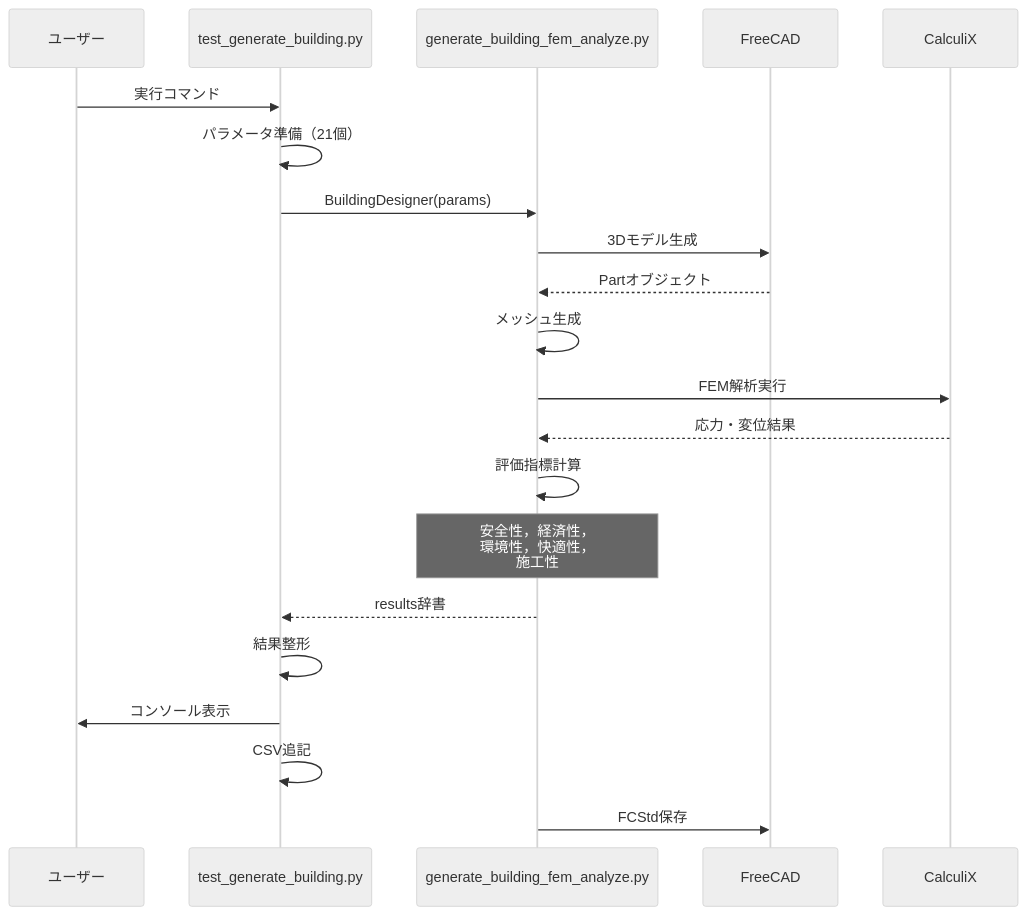
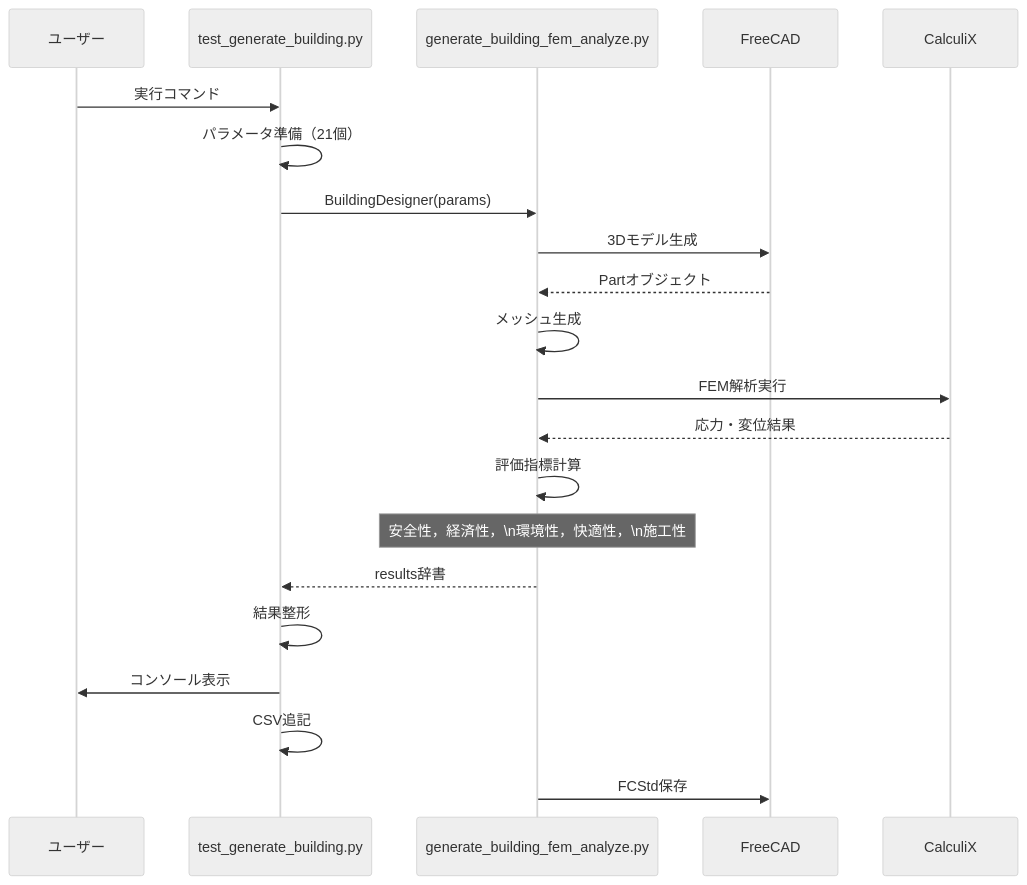
One commit to jkushida/ai-arch changed the third of 4 diagrams in docs/test_generate_building_usage.md. Above: the diagram before and after it, drawn with Mermaid (neutral theme). The commit also changed other lines of this file and 14 other files, not shown here.

First line of the commit message:
Fix Mermaid/MathJax conflict for Chrome compatibility

````diff
--- a/docs/test_generate_building_usage.md
+++ b/docs/test_generate_building_usage.md
@@ -209,28 +209,28 @@
 ```mermaid
 sequenceDiagram
     participant User as ユーザー
     participant Test as test_generate_building.py
     participant Core as generate_building_fem_analyze.py
     participant FC as FreeCAD
     participant CCX as CalculiX
     
     User->>Test: 実行コマンド
     Test->>Test: パラメータ準備（21個）
     Test->>Core: BuildingDesigner(params)
     
     Core->>FC: 3Dモデル生成
     FC-->>Core: Partオブジェクト
     
     Core->>Core: メッシュ生成
     Core->>CCX: FEM解析実行
     CCX-->>Core: 応力・変位結果
     
     Core->>Core: 評価指標計算
-    Note over Core: 安全性，経済性，<br/>環境性，快適性，<br/>施工性
+    Note over Core: 安全性，経済性，\n環境性，快適性，\n施工性
     
     Core-->>Test: results辞書
     Test->>Test: 結果整形
     Test->>User: コンソール表示
     Test->>Test: CSV追記
     Core->>FC: FCStd保存
 ```
````
